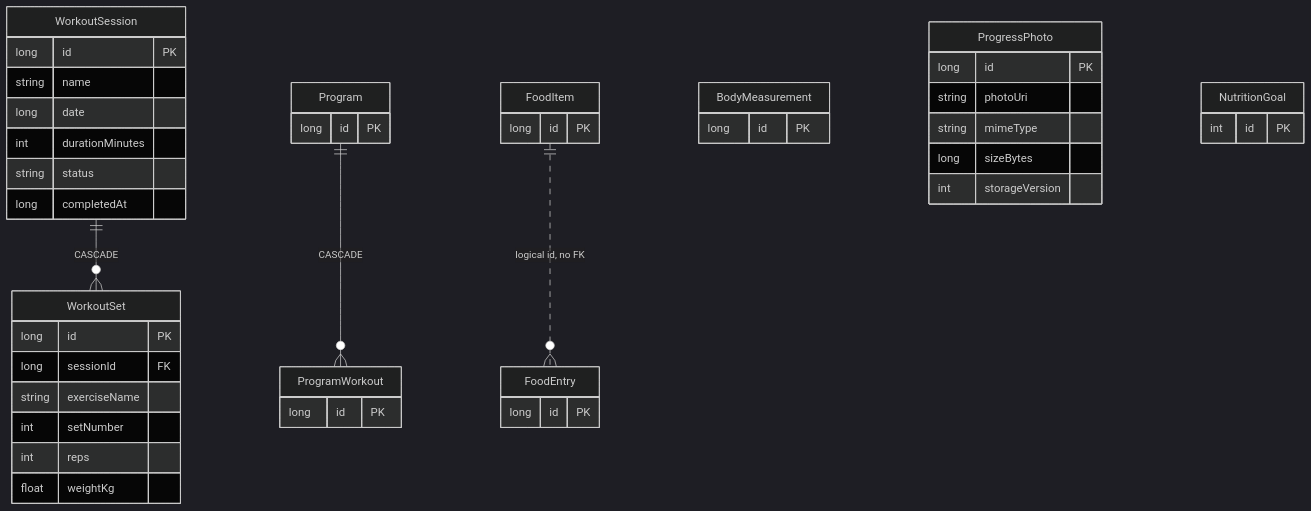
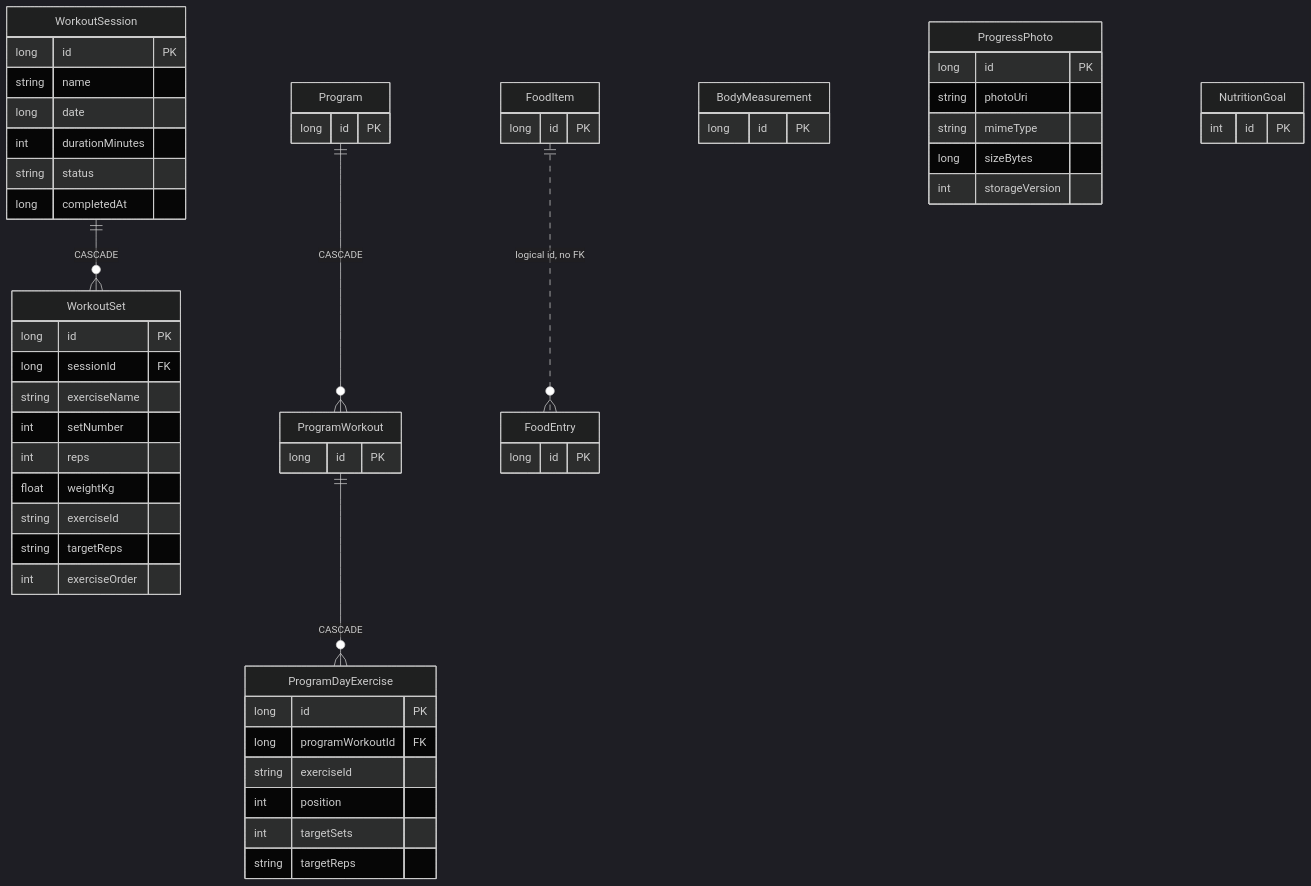
The diagram in docs/obsidian/architecture/ARCH_DATABASE.md (MehmetKucukOfficial/GymTracker), drawn with Mermaid (dark theme) before and after one commit. The commit also changed other lines of this file and 39 other files, not shown here.

````diff
--- a/docs/obsidian/architecture/ARCH_DATABASE.md
+++ b/docs/obsidian/architecture/ARCH_DATABASE.md
@@ -29,35 +31,47 @@
 ```mermaid
 erDiagram
     WorkoutSession ||--o{ WorkoutSet : CASCADE
     Program ||--o{ ProgramWorkout : CASCADE
+    ProgramWorkout ||--o{ ProgramDayExercise : CASCADE
     FoodItem ||..o{ FoodEntry : "logical id, no FK"
     WorkoutSession {
       long id PK
       string name
       long date
       int durationMinutes
       string status
       long completedAt
     }
     WorkoutSet {
       long id PK
       long sessionId FK
       string exerciseName
       int setNumber
       int reps
       float weightKg
+      string exerciseId
+      string targetReps
+      int exerciseOrder
     }
     BodyMeasurement { long id PK }
     FoodItem { long id PK }
     FoodEntry { long id PK }
     ProgressPhoto {
       long id PK
       string photoUri
       string mimeType
       long sizeBytes
       int storageVersion
     }
     Program { long id PK }
     ProgramWorkout { long id PK }
+    ProgramDayExercise {
+      long id PK
+      long programWorkoutId FK
+      string exerciseId
+      int position
+      int targetSets
+      string targetReps
+    }
     NutritionGoal { int id PK }
 ```
````
